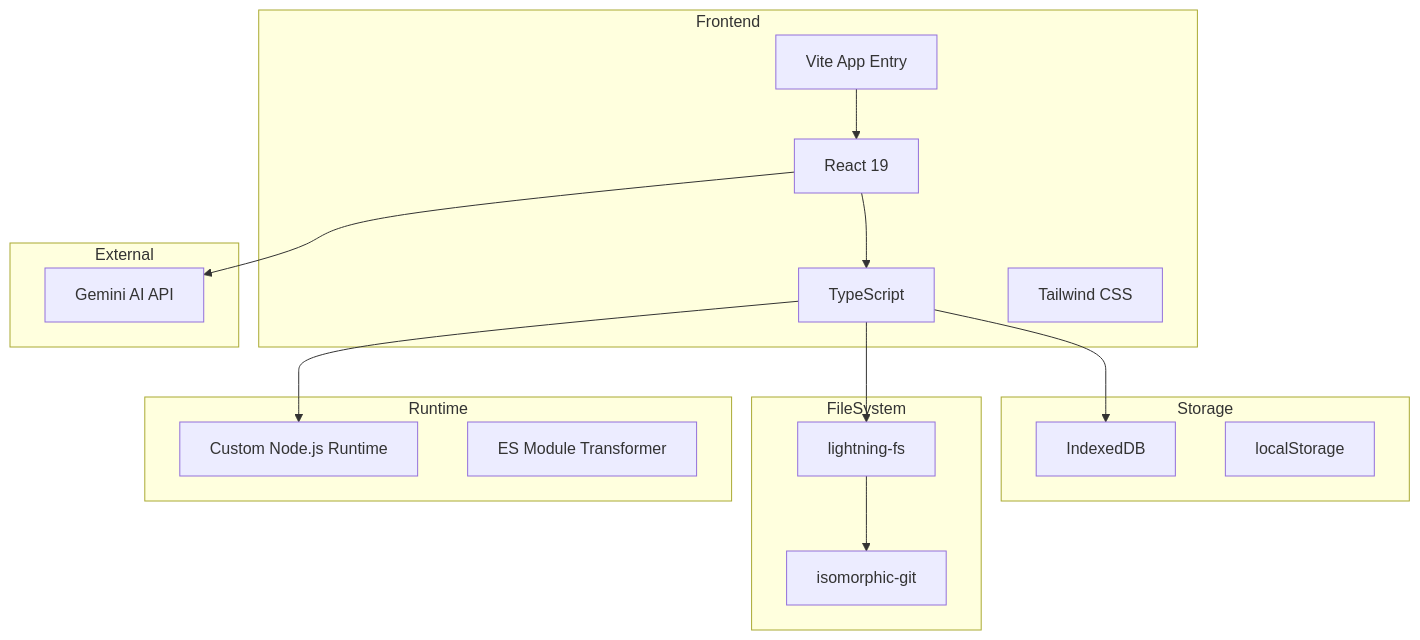
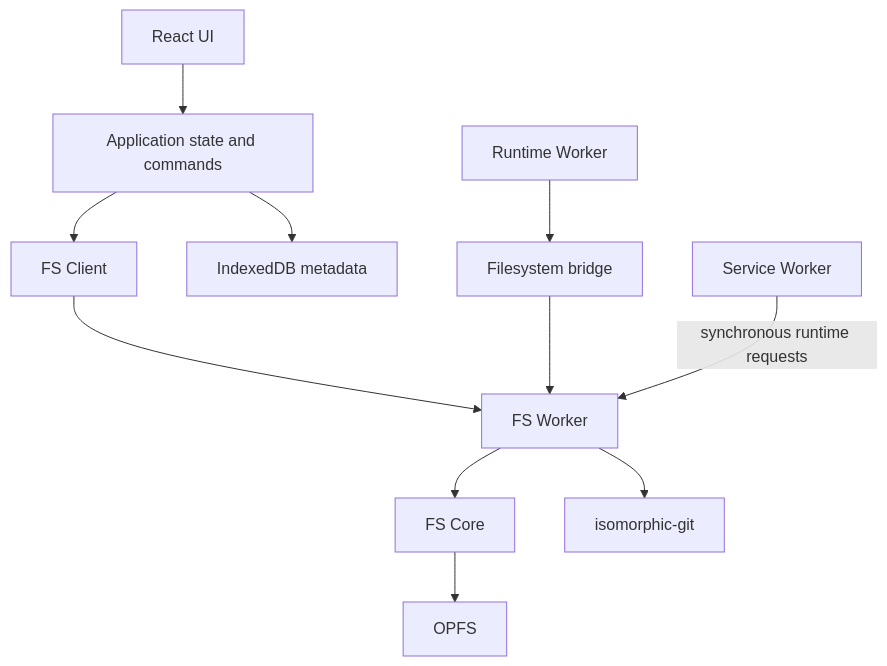
The diagram in docs/SYSTEM-OVERVIEW.md (Stasshe/Pyxis-CodeCanvas), drawn with Mermaid before and after one commit. The commit also changed other lines of this file and 330 other files, not shown here.

````diff
--- a/docs/SYSTEM-OVERVIEW.md
+++ b/docs/SYSTEM-OVERVIEW.md
@@ -32,36 +7,13 @@
 ```mermaid
-graph TB
-    subgraph Frontend
-        A[Vite App Entry]
-        B[React 19]
-        C[TypeScript]
-        D[Tailwind CSS]
-    end
-    
-    subgraph Storage
-        E[IndexedDB]
-        F[localStorage]
-    end
-    
-    subgraph FileSystem
-        G[lightning-fs]
-        H[isomorphic-git]
-    end
-    
-    subgraph Runtime
-        I[Custom Node.js Runtime]
-        J[ES Module Transformer]
-    end
-    
-    subgraph External
-        K[Gemini AI API]
-    end
-    
-    A --> B
-    B --> C
-    C --> E
-    C --> G
-    C --> I
-    B --> K
-    G --> H
+graph TD
+  UI[React UI] --> App[Application state and commands]
+  App --> Client[FS Client]
+  Client --> FS[FS Worker]
+  FS --> Core[FS Core]
+  Core --> OPFS[OPFS]
+  FS --> Git[isomorphic-git]
+  Runtime[Runtime Worker] --> Bridge[Filesystem bridge]
+  Bridge --> FS
+  App --> IDB[IndexedDB metadata]
+  SW[Service Worker] -->|synchronous runtime requests| FS
 ```
````
